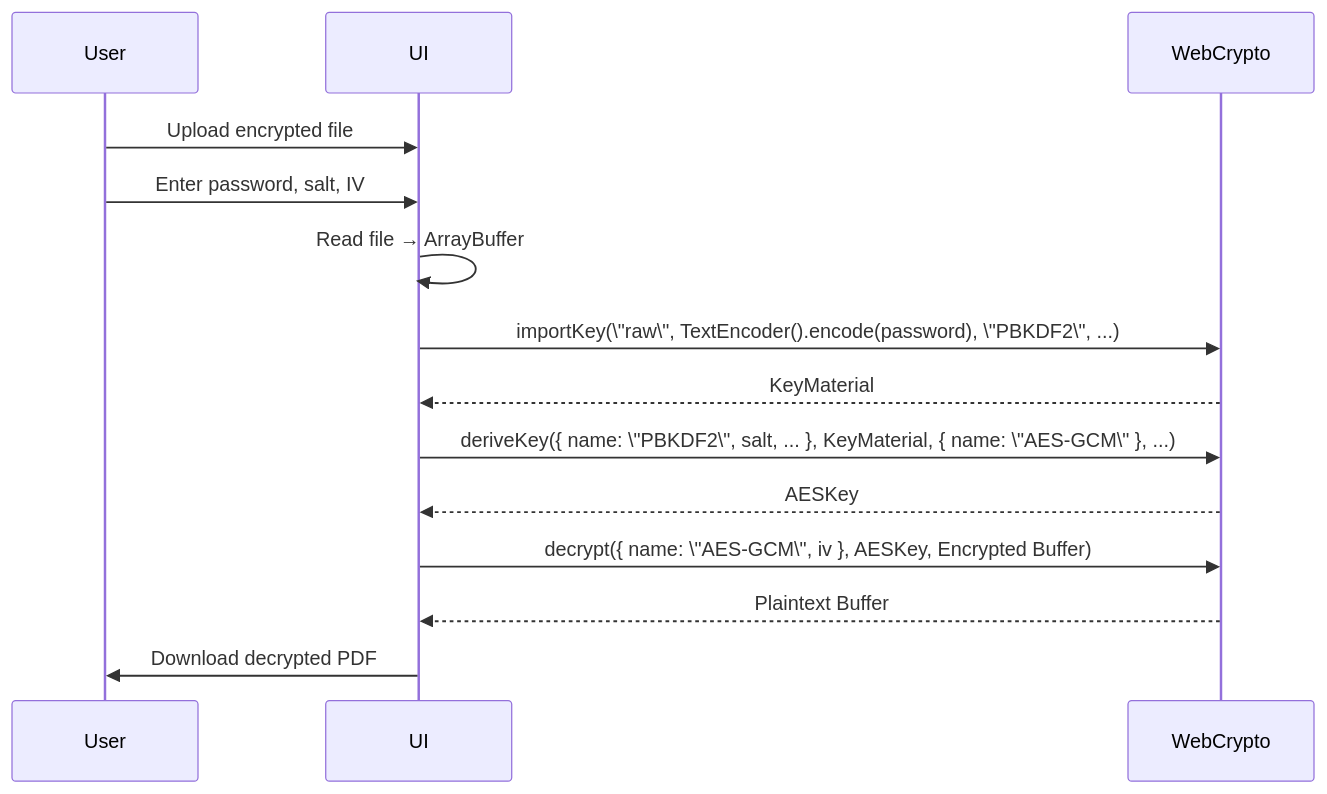
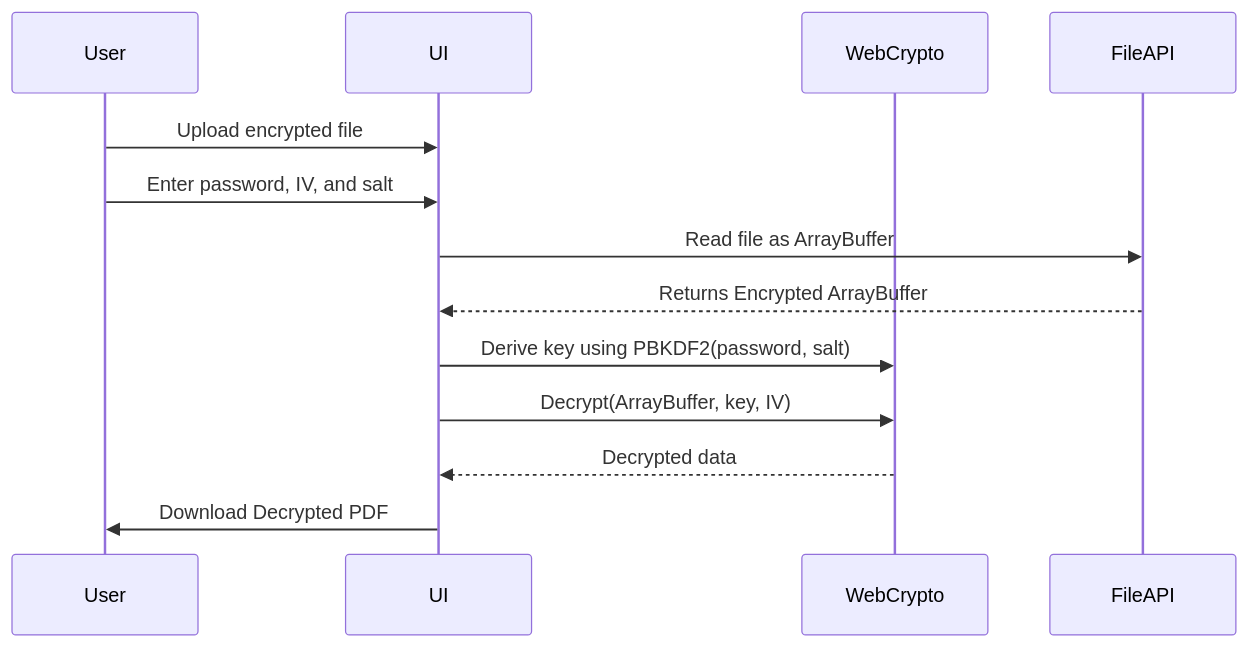
The second of 2 diagrams in README.md (bitsmuggler/browser-document-encryption-showcase), drawn with Mermaid before and after one commit. The commit also changed other lines of this file, not shown here.

````diff
--- a/README.md
+++ b/README.md
@@ -71,17 +73,16 @@
 ```mermaid
 sequenceDiagram
     participant User
     participant UI
     participant WebCrypto
+    participant FileAPI
 
     User->>UI: Upload encrypted file
-    User->>UI: Enter password, salt, IV
-    UI->>UI: Read file → ArrayBuffer
-    UI->>WebCrypto: importKey(\"raw\", TextEncoder().encode(password), \"PBKDF2\", ...)
-    WebCrypto-->>UI: KeyMaterial
-    UI->>WebCrypto: deriveKey({ name: \"PBKDF2\", salt, ... }, KeyMaterial, { name: \"AES-GCM\" }, ...)
-    WebCrypto-->>UI: AESKey
-    UI->>WebCrypto: decrypt({ name: \"AES-GCM\", iv }, AESKey, Encrypted Buffer)
-    WebCrypto-->>UI: Plaintext Buffer
-    UI->>User: Download decrypted PDF
+    User->>UI: Enter password, IV, and salt
+    UI->>FileAPI: Read file as ArrayBuffer
+    FileAPI-->>UI: Returns Encrypted ArrayBuffer
+    UI->>WebCrypto: Derive key using PBKDF2(password, salt)
+    UI->>WebCrypto: Decrypt(ArrayBuffer, key, IV)
+    WebCrypto-->>UI: Decrypted data
+    UI->>User: Download Decrypted PDF
 ```
````
